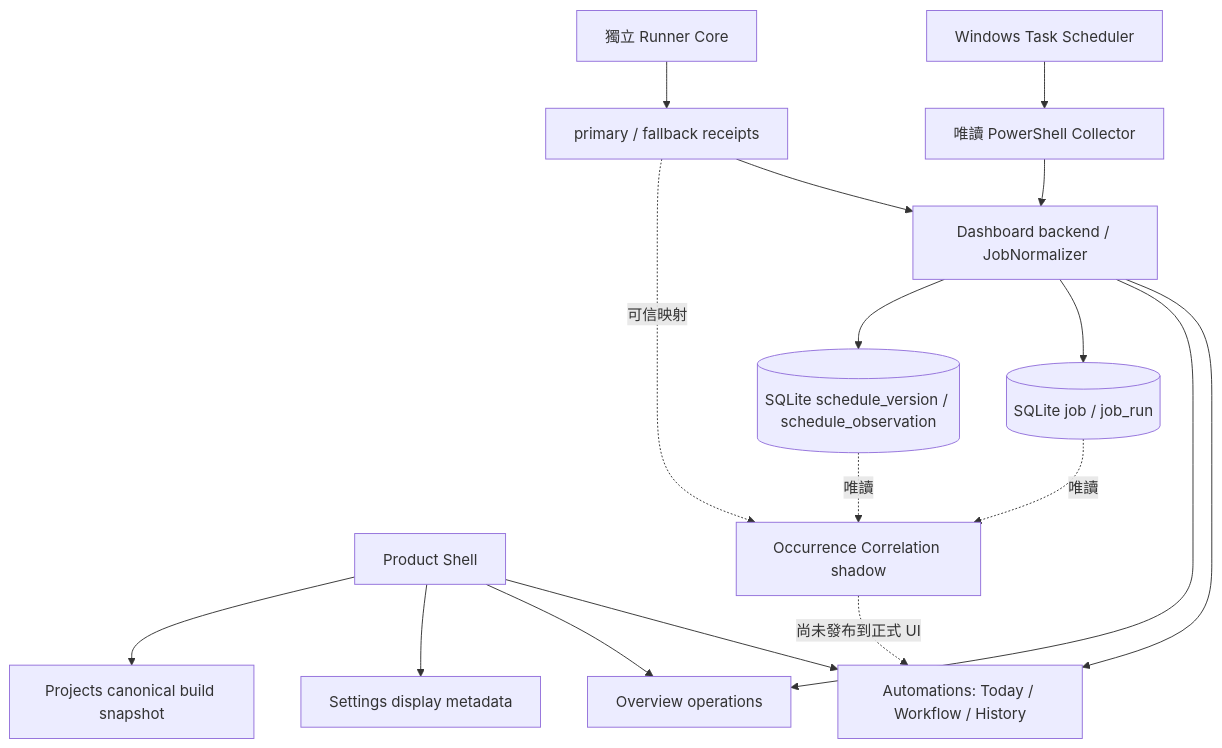
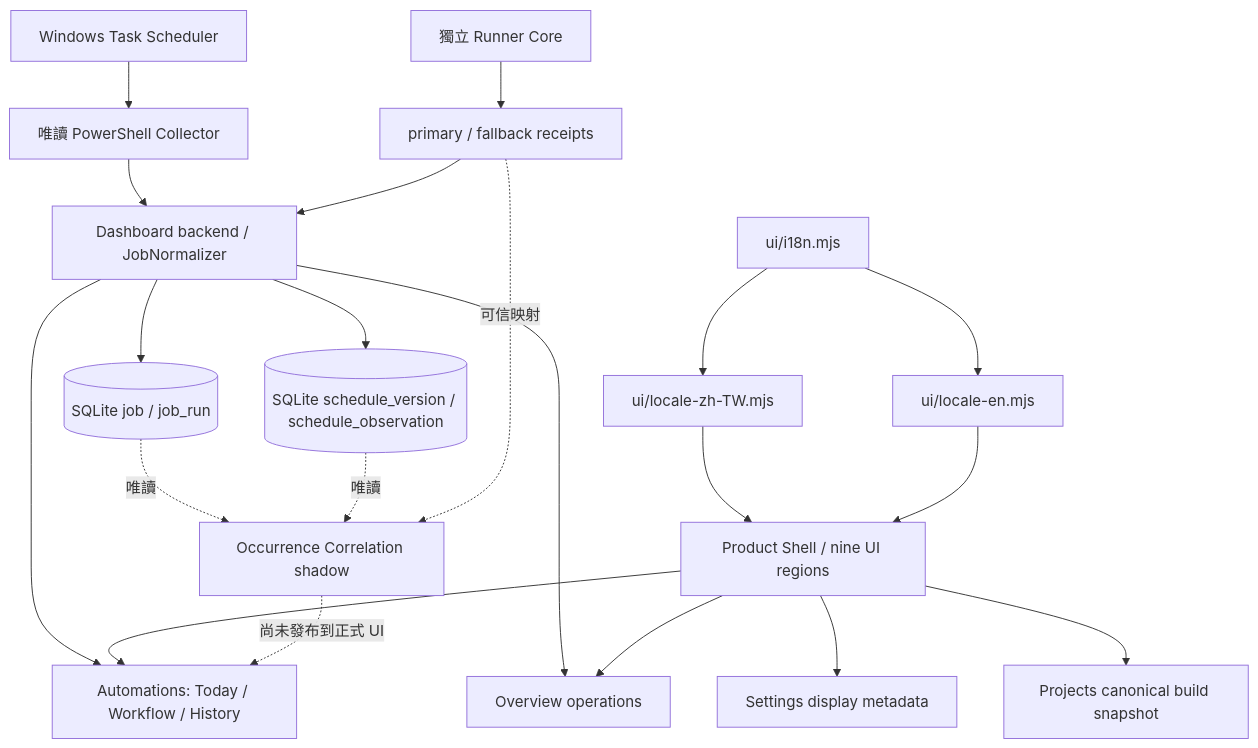
One commit to Neil1031/local-dashboard changed the diagram in docs/PROJECT-DESIGN.md. Above: the diagram before and after it, drawn with Mermaid. The commit also changed other lines of this file and 6 other files, not shown here.

Commit message:
Synchronize approved Dashboard localization architecture and roadmap

````diff
--- a/docs/PROJECT-DESIGN.md
+++ b/docs/PROJECT-DESIGN.md
@@ -110,19 +124,23 @@
 ```mermaid
 flowchart TD
   WS[Windows Task Scheduler] --> COL[唯讀 PowerShell Collector]
   COL --> BE[Dashboard backend / JobNormalizer]
   BE --> UI[Automations: Today / Workflow / History]
   BE --> OV[Overview operations]
-  PS[Product Shell] --> UI
+  I18N[ui/i18n.mjs] --> ZH[ui/locale-zh-TW.mjs]
+  I18N --> EN[ui/locale-en.mjs]
+  ZH --> PS[Product Shell / nine UI regions]
+  EN --> PS
+  PS --> UI
   PS --> OV
   PS --> SET[Settings display metadata]
   PS --> PV[Projects canonical build snapshot]
   BE --> HI[(SQLite job / job_run)]
   BE --> SH[(SQLite schedule_version / schedule_observation)]
   RC[獨立 Runner Core] --> RF[primary / fallback receipts]
   RF --> BE
   HI -.唯讀.-> CO[Occurrence Correlation shadow]
   SH -.唯讀.-> CO
   RF -.可信映射.-> CO
   CO -.尚未發布到正式 UI.-> UI
 ```
````
